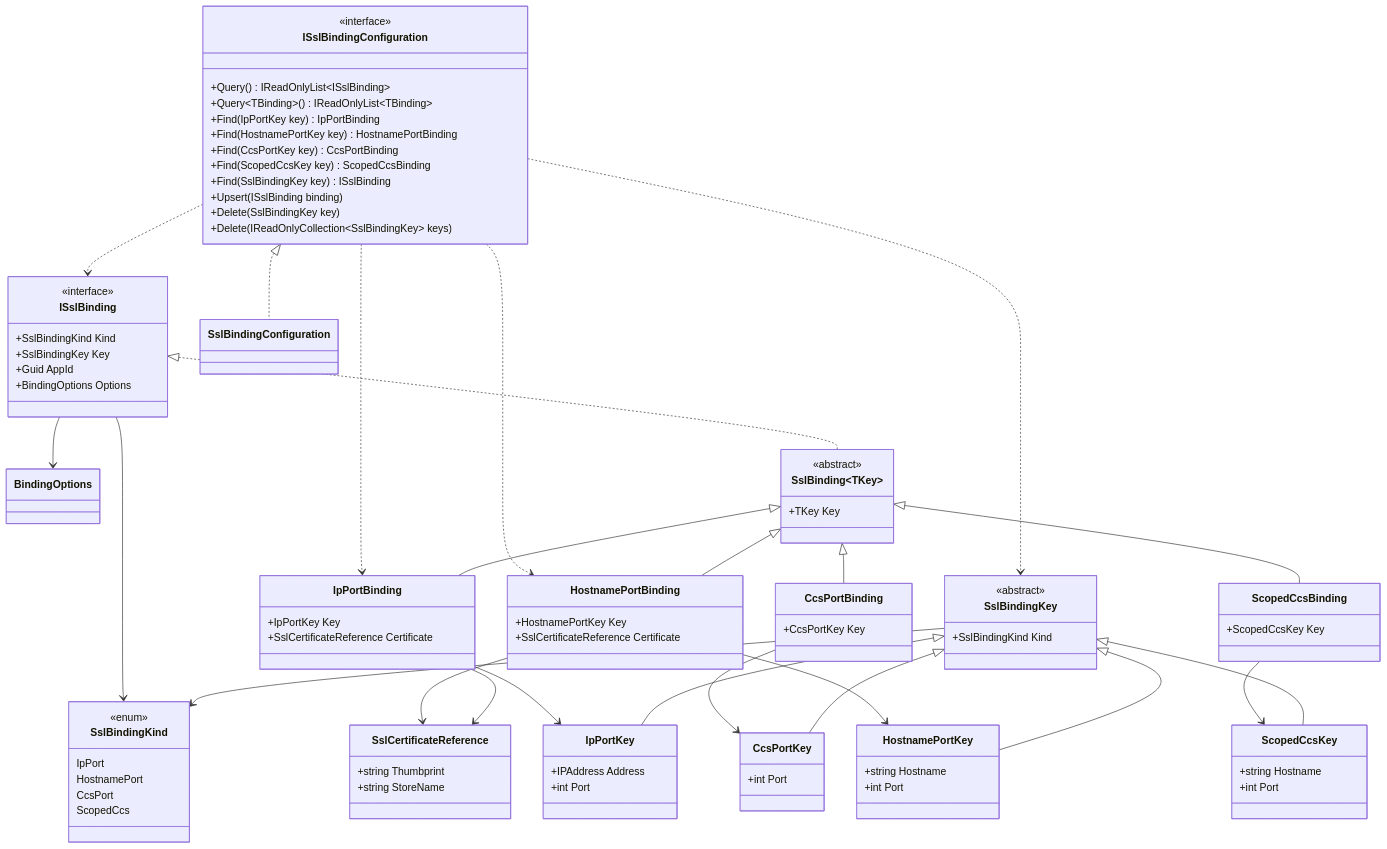
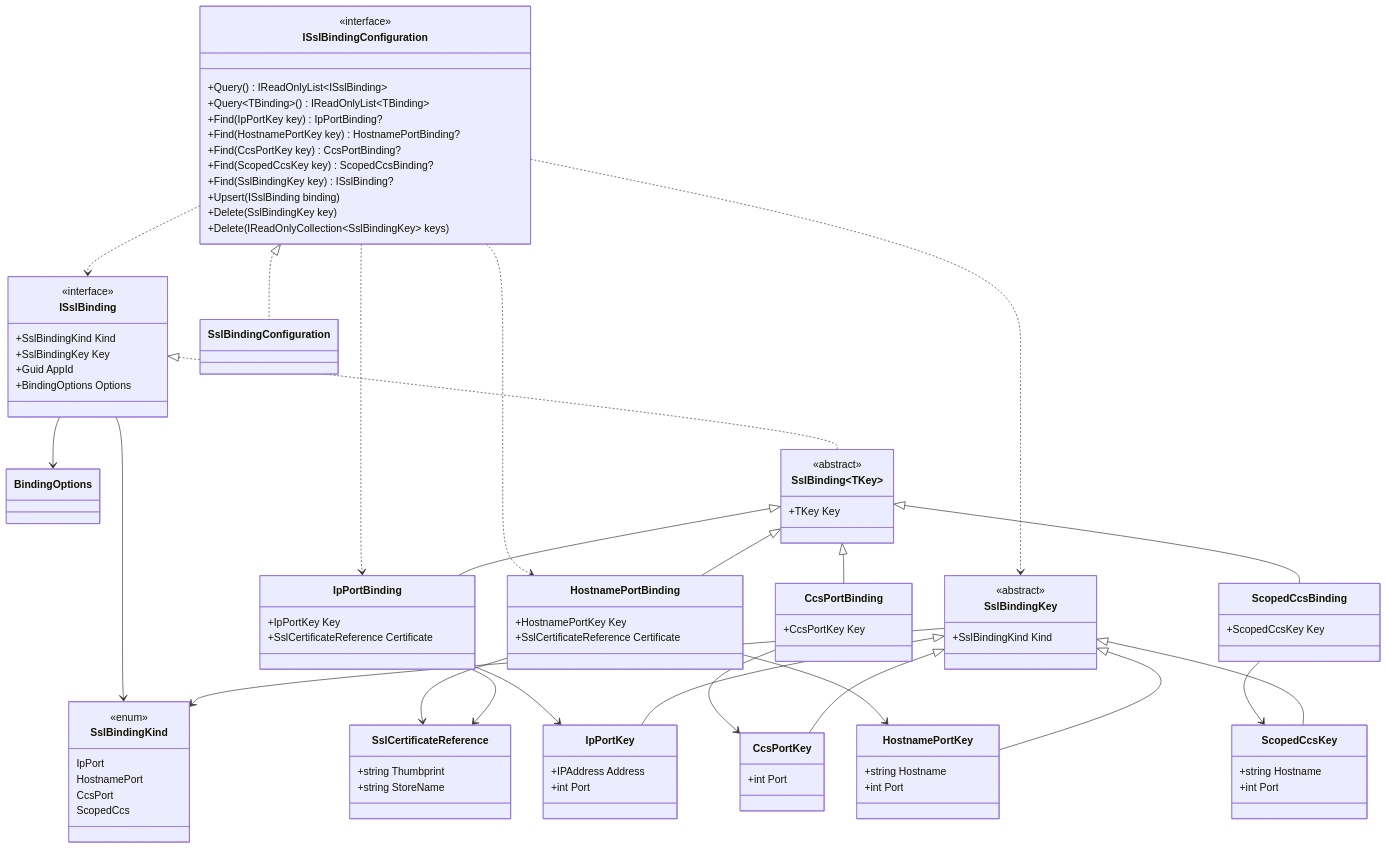
One commit to segor/SslCertBinding.Net changed the first of 3 diagrams in docs/public-api.md. Above: the diagram before and after it, drawn with Mermaid. The commit also changed other lines of this file and 6 other files, not shown here.

```diff
--- a/docs/public-api.md
+++ b/docs/public-api.md
@@ -88,11 +88,11 @@
         <<interface>>
         +Query() IReadOnlyList~ISslBinding~
         +Query~TBinding~() IReadOnlyList~TBinding~
-        +Find(IpPortKey key) IpPortBinding
-        +Find(HostnamePortKey key) HostnamePortBinding
-        +Find(CcsPortKey key) CcsPortBinding
-        +Find(ScopedCcsKey key) ScopedCcsBinding
-        +Find(SslBindingKey key) ISslBinding
+        +Find(IpPortKey key) IpPortBinding?
+        +Find(HostnamePortKey key) HostnamePortBinding?
+        +Find(CcsPortKey key) CcsPortBinding?
+        +Find(ScopedCcsKey key) ScopedCcsBinding?
+        +Find(SslBindingKey key) ISslBinding?
         +Upsert(ISslBinding binding)
         +Delete(SslBindingKey key)
         +Delete(IReadOnlyCollection~SslBindingKey~ keys)
```
